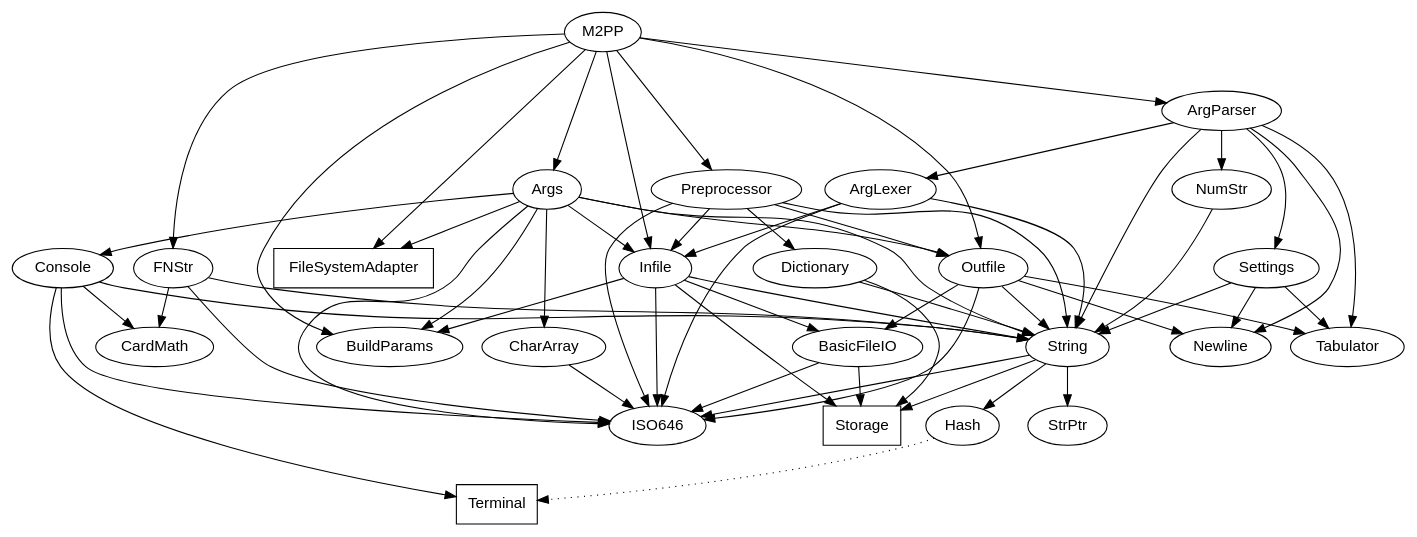
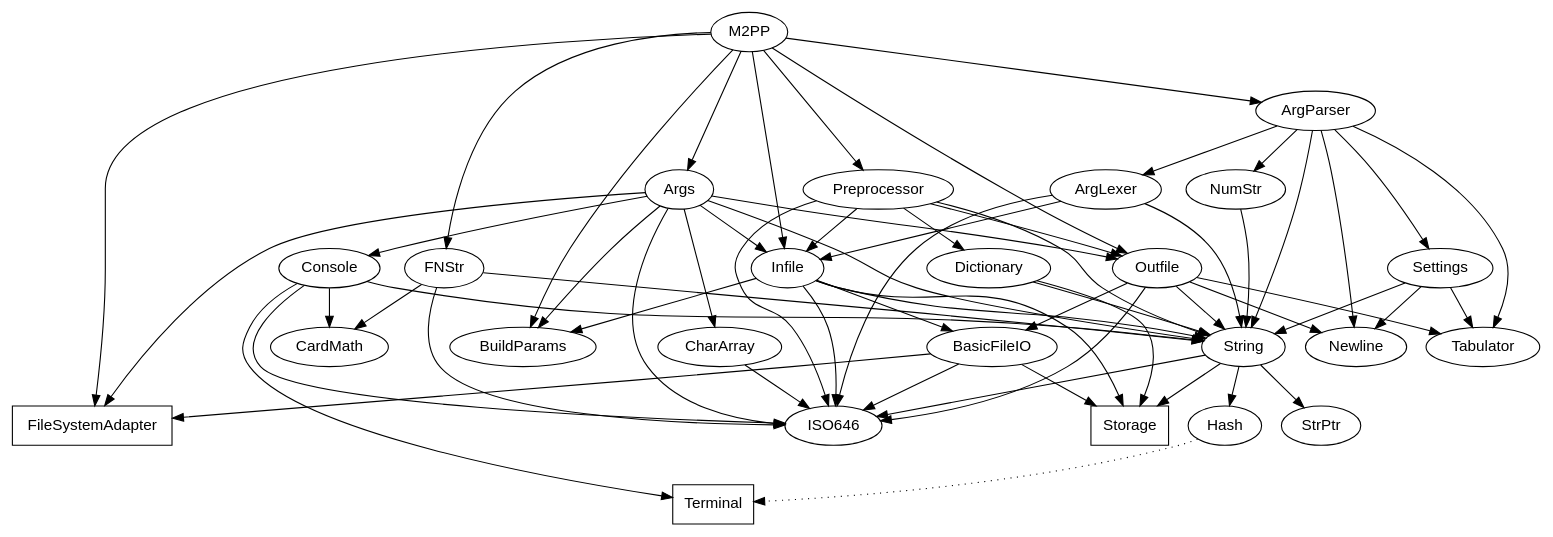
Before and after one commit to m2sf/M2PP-Module-Dependency-Graphs: the diagram in M2PP.dep.dot, drawn with Graphviz. The commit also changed 3 other files, not shown here.

```diff
--- a/M2PP.dep.dot
+++ b/M2PP.dep.dot
@@ -1,92 +1,92 @@
 digraph M2PPDep {
   node [fontname=helvetica];
 
   M2PP -> {
     Args ArgParser BuildParams FileSystemAdapter FNStr Infile Outfile
     Preprocessor
   };
   
   Args -> {
     BuildParams CharArray Console FileSystemAdapter Infile ISO646 Outfile
     String
   };
   
   BuildParams; /* no dependencies */
   
   CharArray -> {
     ISO646
   };
   
   ISO646; /* no dependencies */
   
   Console -> {
     CardMath ISO646 String Terminal
   };
   
   CardMath; /* no dependencies */
   
   String -> {
     Hash ISO646 Storage StrPtr
   };
   
   edge [style=dotted];
   Hash -> {
     Terminal
   };
   edge [style=none];
   
   Terminal [shape=box]; /* stdlib */
   
   Storage [shape=box]; /* stdlib */
   
   StrPtr; /* no dependencies */  
   
   FileSystemAdapter [shape=box];
   
   Infile -> {
     BasicFileIO BuildParams ISO646 Storage String
   };
   
   BasicFileIO -> {
-    ISO646 Storage
+    FileSystemAdapter ISO646 Storage
   };
   
   Outfile -> {
     BasicFileIO ISO646 Newline String Tabulator
   };
   
   Newline; /* no dependencies */  
   
   Tabulator; /* no dependencies */  
   
   ArgParser -> {
     ArgLexer Newline NumStr Settings String Tabulator
   };
   
   ArgLexer -> {
     Infile ISO646 String
   };
     
   NumStr -> {
     String
   };
     
   Settings -> {
     String Newline Tabulator
   };
   
   FNStr -> {
     CardMath ISO646 String
   };
   
   CardMath; /* no dependencies */
   
   Preprocessor -> {
     Dictionary Infile ISO646 Outfile String
   };
   
   Dictionary -> {
     Storage String
   };
   
 } /* M2PPDep */
```
